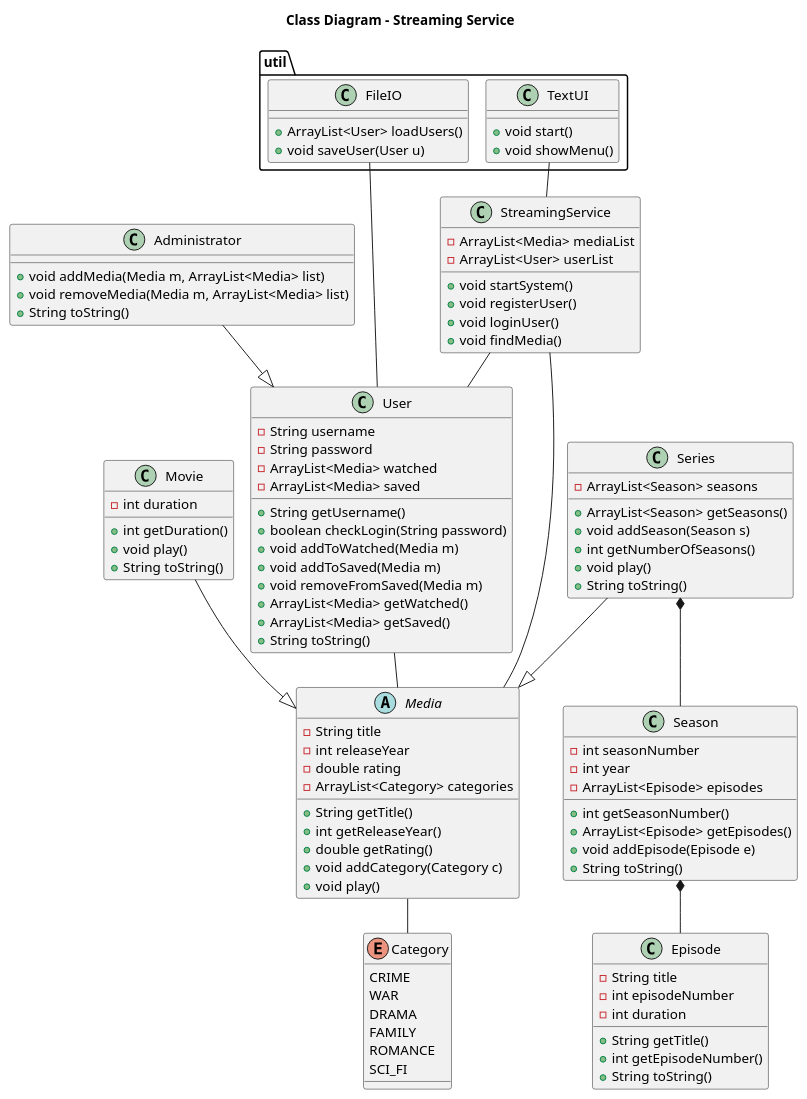
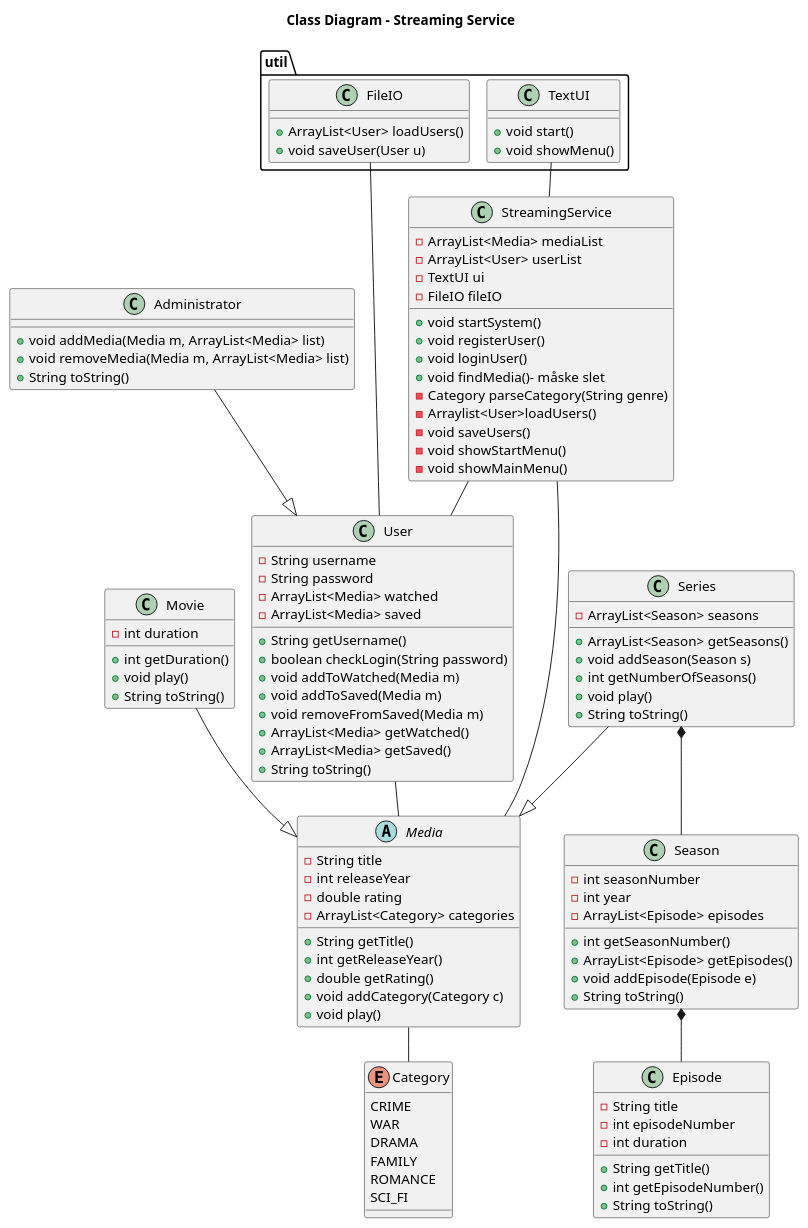
The diagram in doc/static/klassediagram.puml (BesimaP/SP3---Streaming---Tjeneste), drawn with PlantUML before and after one commit.

Commit message:
klassediagram streamingservice opdateret

```diff
--- a/doc/static/klassediagram.puml
+++ b/doc/static/klassediagram.puml
@@ -1,123 +1,130 @@
 @startuml
 !pragma layout smetana
 
 title Class Diagram - Streaming Service
 
 ' ===== Classes =====
 abstract class Media {
   - String title
   - int releaseYear
   - double rating
   - ArrayList<Category> categories
   + String getTitle()
   + int getReleaseYear()
   + double getRating()
   + void addCategory(Category c)
   + void play()
 }
 
 class Movie {
   - int duration
   + int getDuration()
   + void play()
   + String toString()
 }
 
 class Series {
   - ArrayList<Season> seasons
   + ArrayList<Season> getSeasons()
   + void addSeason(Season s)
   + int getNumberOfSeasons()
   + void play()
   + String toString()
 }
 
 class Season {
   - int seasonNumber
   - int year
   - ArrayList<Episode> episodes
   + int getSeasonNumber()
   + ArrayList<Episode> getEpisodes()
   + void addEpisode(Episode e)
   + String toString()
 }
 
 class Episode {
   - String title
   - int episodeNumber
   - int duration
   + String getTitle()
   + int getEpisodeNumber()
   + String toString()
 }
 
 enum Category {
   CRIME
   WAR
   DRAMA
   FAMILY
   ROMANCE
   SCI_FI
 }
 
 class User {
   - String username
   - String password
   - ArrayList<Media> watched
   - ArrayList<Media> saved
   + String getUsername()
   + boolean checkLogin(String password)
   + void addToWatched(Media m)
   + void addToSaved(Media m)
   + void removeFromSaved(Media m)
   + ArrayList<Media> getWatched()
   + ArrayList<Media> getSaved()
   + String toString()
 }
 
 class Administrator {
   + void addMedia(Media m, ArrayList<Media> list)
   + void removeMedia(Media m, ArrayList<Media> list)
   + String toString()
 }
 
 class StreamingService {
   - ArrayList<Media> mediaList
   - ArrayList<User> userList
+  - TextUI ui
+  - FileIO fileIO
   + void startSystem()
   + void registerUser()
   + void loginUser()
-  + void findMedia()
+  + void findMedia()- måske slet
+  - Category parseCategory(String genre)
+  - Arraylist<User>loadUsers()
+  - void saveUsers()
+  - void showStartMenu()
+  - void showMainMenu()
 }
 
 
 package "util"{
 class FileIO {
   + ArrayList<User> loadUsers()
   + void saveUser(User u)
 }
 
 class TextUI {
   + void start()
   + void showMenu()
 }
 }
 
 'Inheritance
 Movie --|> Media
 Series --|> Media
 Administrator --|> User
 
 'Composition
 Series *-- Season
 Season *-- Episode
 
 'Associations
 Media -- Category
 User -- Media
 StreamingService -- User
 StreamingService -- Media
 FileIO -- User
 TextUI -- StreamingService
 
 @enduml
```
